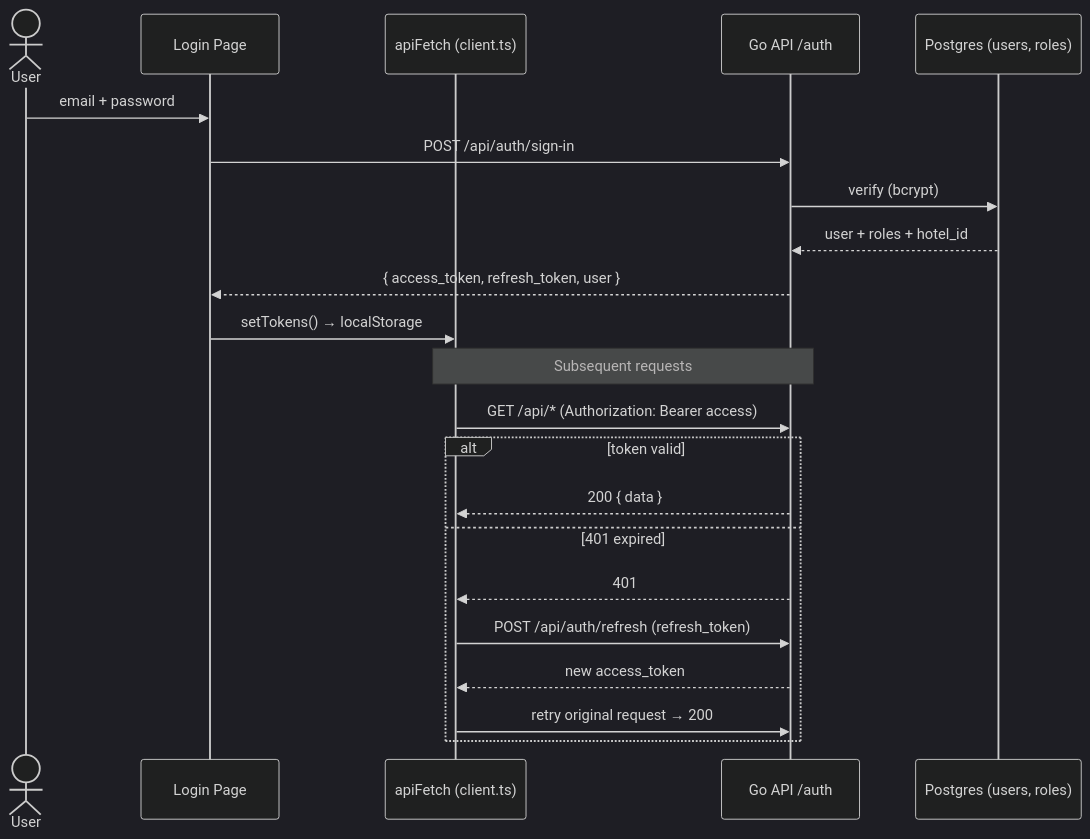
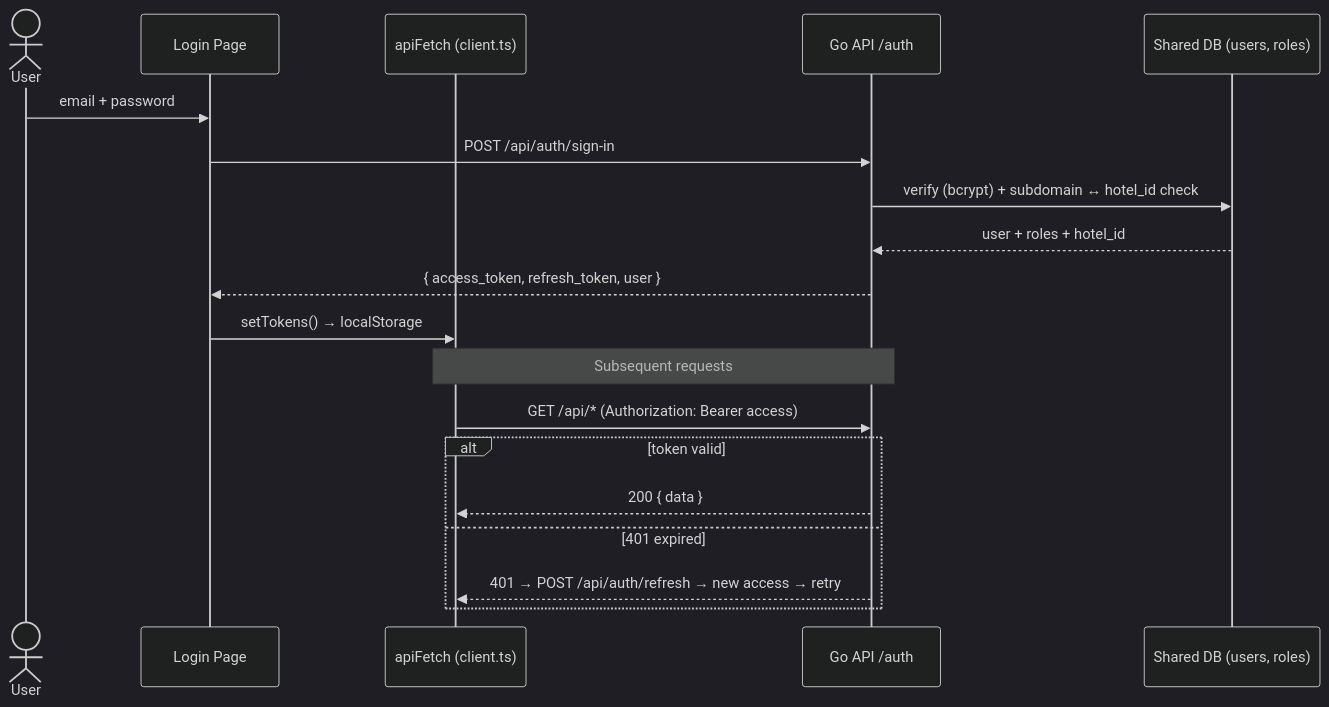
The fifth of 10 diagrams in docs/ARCHITECTURE.md (jasmeet15069/HmsAdminStaffPortal), drawn with Mermaid (dark theme) before and after one commit. The commit also changed other lines of this file, not shown here.

First line of the commit message:
docs: rewrite ARCHITECTURE to match target diagram; scrub IPs

````diff
--- a/docs/ARCHITECTURE.md
+++ b/docs/ARCHITECTURE.md
@@ -109,26 +181,23 @@
 ```mermaid
 sequenceDiagram
     actor User
     participant UI as Login Page
     participant C as apiFetch (client.ts)
     participant API as Go API /auth
-    participant DB as Postgres (users, roles)
+    participant DB as Shared DB (users, roles)
 
     User->>UI: email + password
     UI->>API: POST /api/auth/sign-in
-    API->>DB: verify (bcrypt)
+    API->>DB: verify (bcrypt) + subdomain ↔ hotel_id check
     DB-->>API: user + roles + hotel_id
     API-->>UI: { access_token, refresh_token, user }
     UI->>C: setTokens() → localStorage
 
     Note over C,API: Subsequent requests
     C->>API: GET /api/* (Authorization: Bearer access)
     alt token valid
         API-->>C: 200 { data }
     else 401 expired
-        API-->>C: 401
-        C->>API: POST /api/auth/refresh (refresh_token)
-        API-->>C: new access_token
-        C->>API: retry original request → 200
+        API-->>C: 401 → POST /api/auth/refresh → new access → retry
     end
 ```
````
